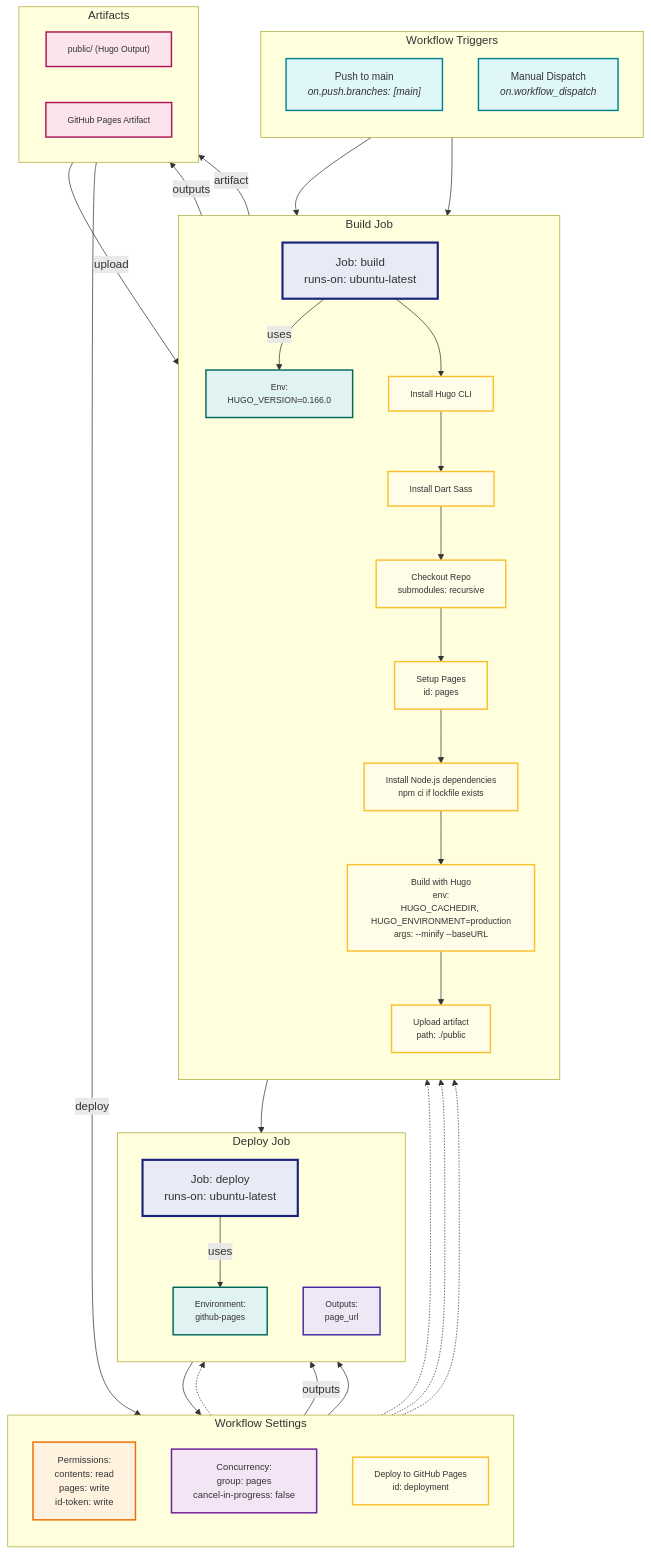
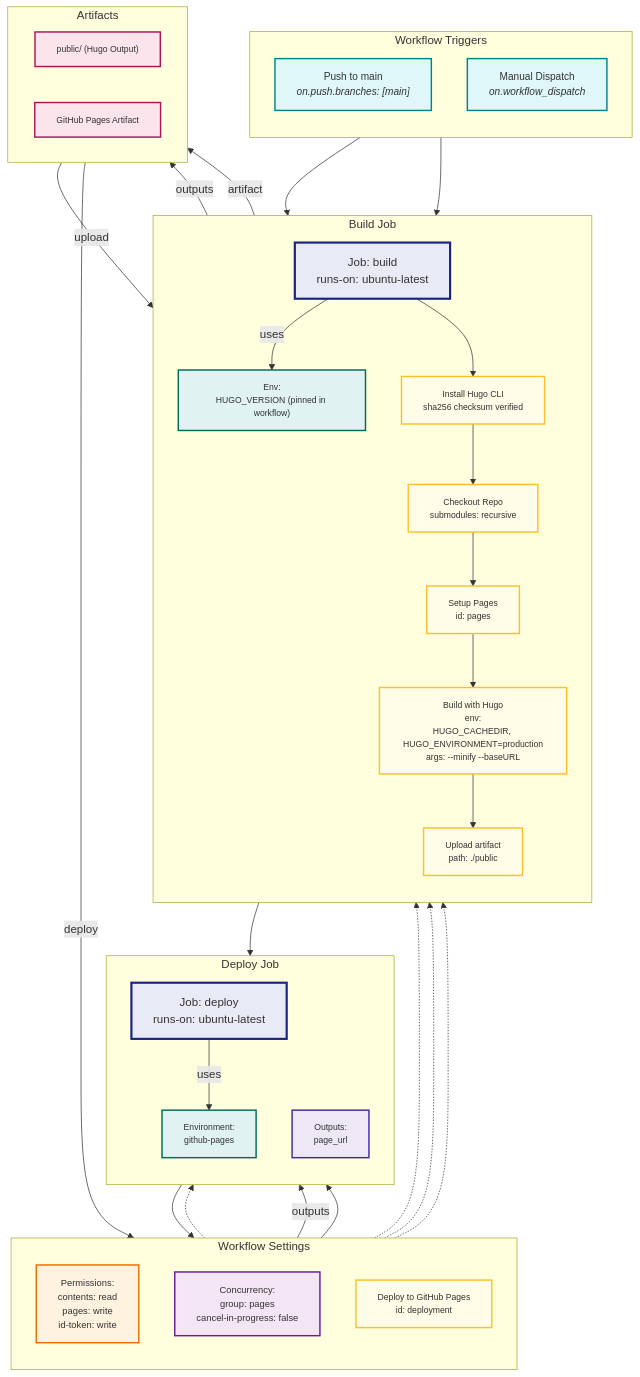
The diagram in README.md (howard-haowen/howard-haowen.github.io), drawn with Mermaid before and after one commit.

Commit message:
docs(readme): update CI diagram and stop hard-coding the Hugo version

```diff
--- a/README.md
+++ b/README.md
@@ -66,12 +66,10 @@
   subgraph "Build Job"
     direction TB
     B0["Job: build<br>runs-on: ubuntu-latest"]:::job
-    Benv["Env:<br>HUGO_VERSION=0.166.0"]:::env
-    B1["Install Hugo CLI"]:::step
-    B2["Install Dart Sass"]:::step
+    Benv["Env:<br>HUGO_VERSION (pinned in workflow)"]:::env
+    B1["Install Hugo CLI<br>sha256 checksum verified"]:::step
     B3["Checkout Repo<br>submodules: recursive"]:::step
     B4["Setup Pages<br>id: pages"]:::step
-    B5["Install Node.js dependencies<br>npm ci if lockfile exists"]:::step
     B6["Build with Hugo<br>env:<br>HUGO_CACHEDIR, HUGO_ENVIRONMENT=production<br>args: --minify --baseURL"]:::step
     B7["Upload artifact<br>path: ./public"]:::step
   end
@@ -110,11 +108,9 @@
 
   %% Build Steps
   B0 --> B1
-  B1 --> B2
-  B2 --> B3
+  B1 --> B3
   B3 --> B4
-  B4 --> B5
-  B5 --> B6
+  B4 --> B6
   B6 --> B7
 
   %% Deploy Steps
@@ -139,7 +135,6 @@
   click C1 "https://docs.github.com/en/actions/using-jobs/using-concurrency" "Concurrency Control"
   click D1 "https://docs.github.com/en/actions/using-jobs/workflow-syntax-for-github-actions#defaultsrun" "Default Shell"
   click B1 "https://github.com/gohugoio/hugo/releases" "Hugo Releases"
-  click B2 "https://snapcraft.io/dart-sass" "Dart Sass Snap"
   click B3 "https://github.com/actions/checkout" "actions/checkout"
   click B4 "https://github.com/actions/configure-pages" "actions/configure-pages"
   click B7 "https://github.com/actions/upload-pages-artifact" "upload-pages-artifact"
```
